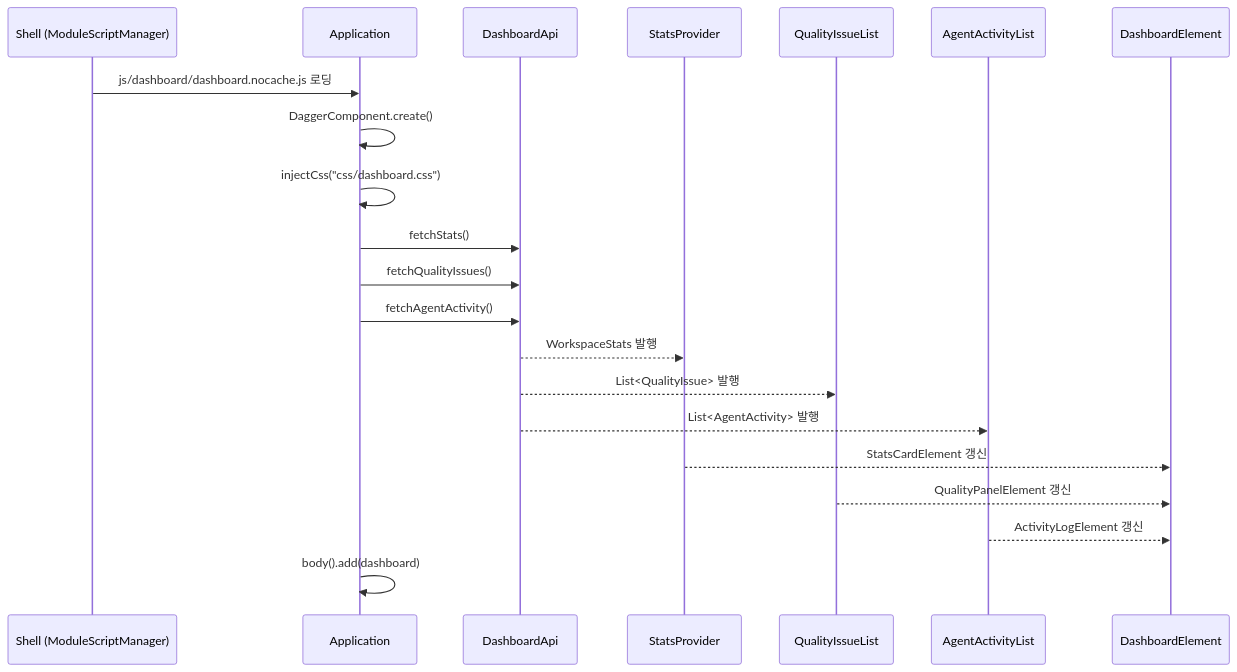
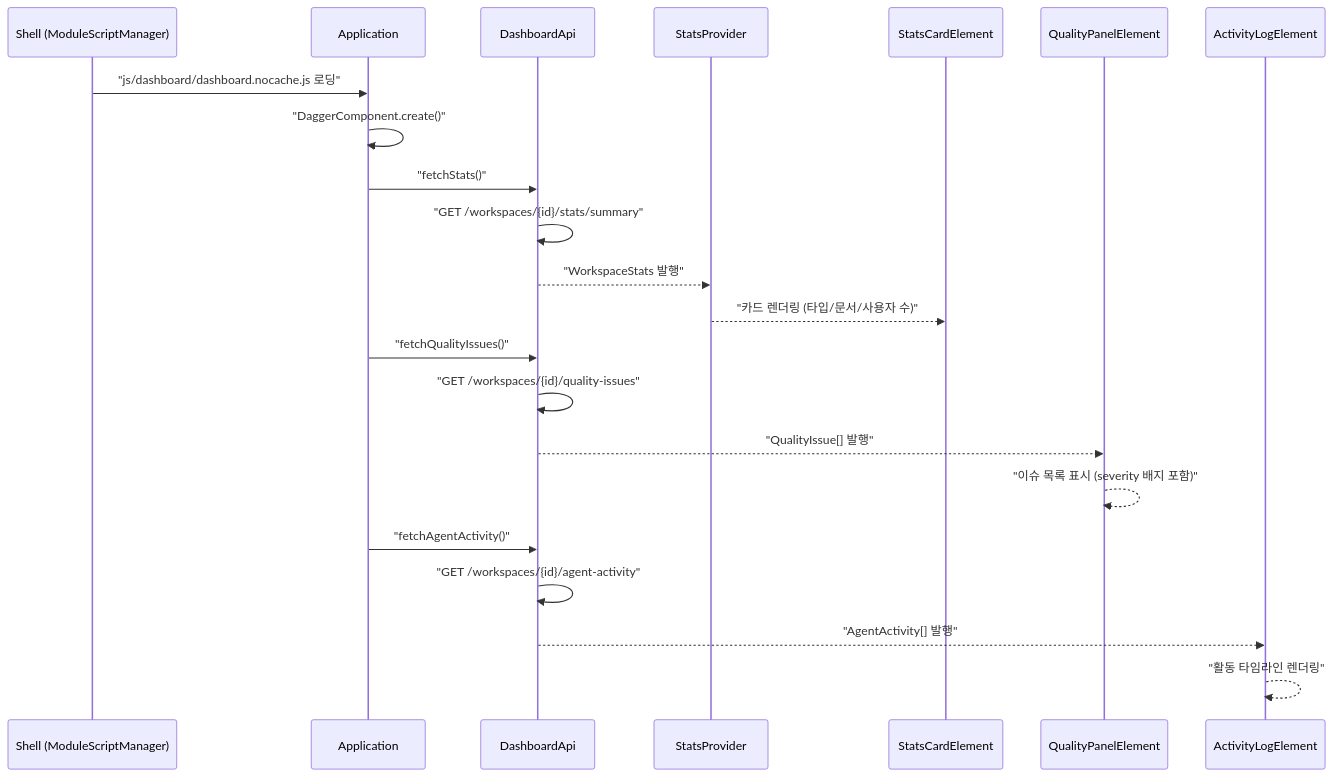
One commit to sayaya1090/handbook changed the first of 3 diagrams in dashboard-ui/USECASE.md. Above: the diagram before and after it, drawn with Mermaid. The commit also changed other lines of this file and 10 other files, not shown here.

````diff
--- a/dashboard-ui/USECASE.md
+++ b/dashboard-ui/USECASE.md
@@ -5,24 +5,27 @@
 ```mermaid
 sequenceDiagram
     participant Shell as Shell (ModuleScriptManager)
     participant App as Application
     participant API as DashboardApi
     participant SP as StatsProvider
-    participant QIL as QualityIssueList
-    participant AAL as AgentActivityList
-    participant Dash as DashboardElement
+    participant SC as StatsCardElement
+    participant QP as QualityPanelElement
+    participant AL as ActivityLogElement
 
-    Shell->>App: js/dashboard/dashboard.nocache.js 로딩
-    App->>App: DaggerComponent.create()
-    App->>App: injectCss("css/dashboard.css")
-    App->>API: fetchStats()
-    App->>API: fetchQualityIssues()
-    App->>API: fetchAgentActivity()
-    API-->>SP: WorkspaceStats 발행
-    API-->>QIL: List<QualityIssue> 발행
-    API-->>AAL: List<AgentActivity> 발행
-    SP-->>Dash: StatsCardElement 갱신
-    QIL-->>Dash: QualityPanelElement 갱신
-    AAL-->>Dash: ActivityLogElement 갱신
-    App->>App: body().add(dashboard)
+    Shell->>App: "js/dashboard/dashboard.nocache.js 로딩"
+    App->>App: "DaggerComponent.create()"
+    App->>API: "fetchStats()"
+    API->>API: "GET /workspaces/{id}/stats/summary"
+    API-->>SP: "WorkspaceStats 발행"
+    SP-->>SC: "카드 렌더링 (타입/문서/사용자 수)"
+
+    App->>API: "fetchQualityIssues()"
+    API->>API: "GET /workspaces/{id}/quality-issues"
+    API-->>QP: "QualityIssue[] 발행"
+    QP-->>QP: "이슈 목록 표시 (severity 배지 포함)"
+
+    App->>API: "fetchAgentActivity()"
+    API->>API: "GET /workspaces/{id}/agent-activity"
+    API-->>AL: "AgentActivity[] 발행"
+    AL-->>AL: "활동 타임라인 렌더링"
 ```
````
